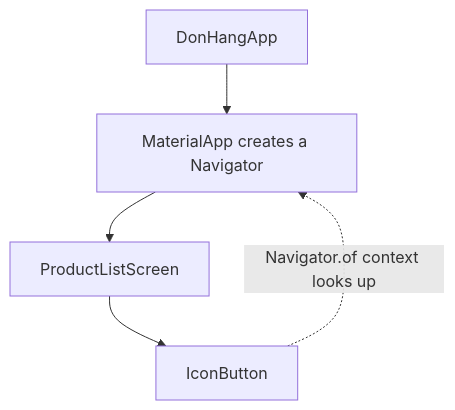
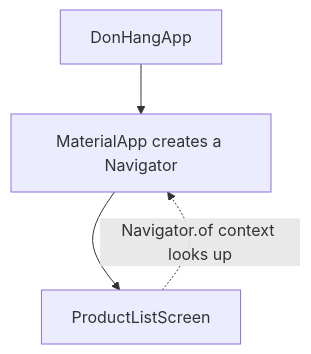
The diagram in content/tracks/frontend/flutter-foundations/frontend.l1.buildcontext.en.md (duyan11110/lo-trinh-architect), drawn with Mermaid before and after one commit. The commit also changed other lines of this file and 3 other files, not shown here.

````diff
--- a/content/tracks/frontend/flutter-foundations/frontend.l1.buildcontext.en.md
+++ b/content/tracks/frontend/flutter-foundations/frontend.l1.buildcontext.en.md
@@ -37,7 +37,6 @@
 ```mermaid
 flowchart TD
   D[DonHangApp] --> A[MaterialApp creates a Navigator]
   A --> P[ProductListScreen]
-  P --> I[IconButton]
-  I -.->|Navigator.of context looks up| A
+  P -.->|Navigator.of context looks up| A
 ```
````
